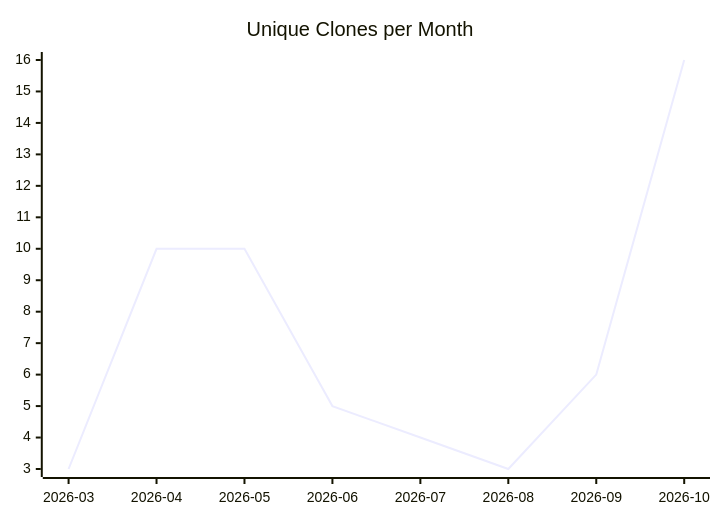
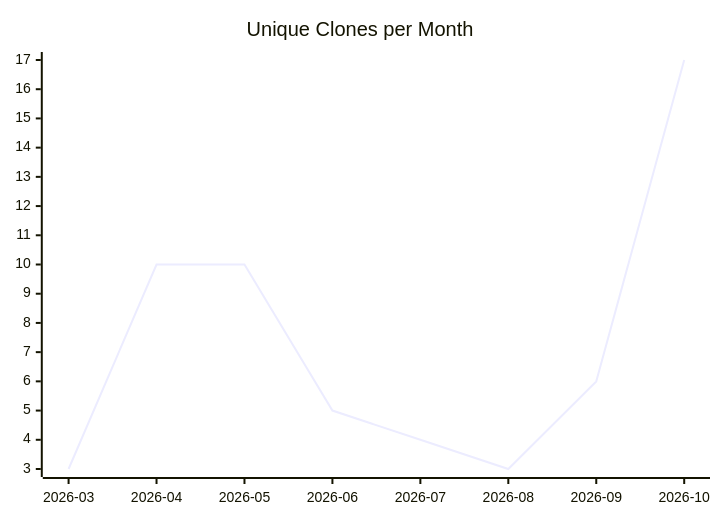
Before and after one commit to justdavis-family/github-analytics-data: the third of 3 diagrams in karlmdavis/can-i-kayak-baltimore/README.md, drawn with Mermaid. The commit also changed other lines of this file and 202 other files, not shown here.

````diff
--- a/karlmdavis/can-i-kayak-baltimore/README.md
+++ b/karlmdavis/can-i-kayak-baltimore/README.md
@@ -19,6 +19,6 @@
 ```mermaid
 xychart-beta
   title "Unique Clones per Month"
   x-axis ["2026-03", "2026-04", "2026-05", "2026-06", "2026-07", "2026-08", "2026-09", "2026-10"]
-  line [3, 10, 10, 5, 4, 3, 6, 16]
+  line [3, 10, 10, 5, 4, 3, 6, 17]
 ```
````
